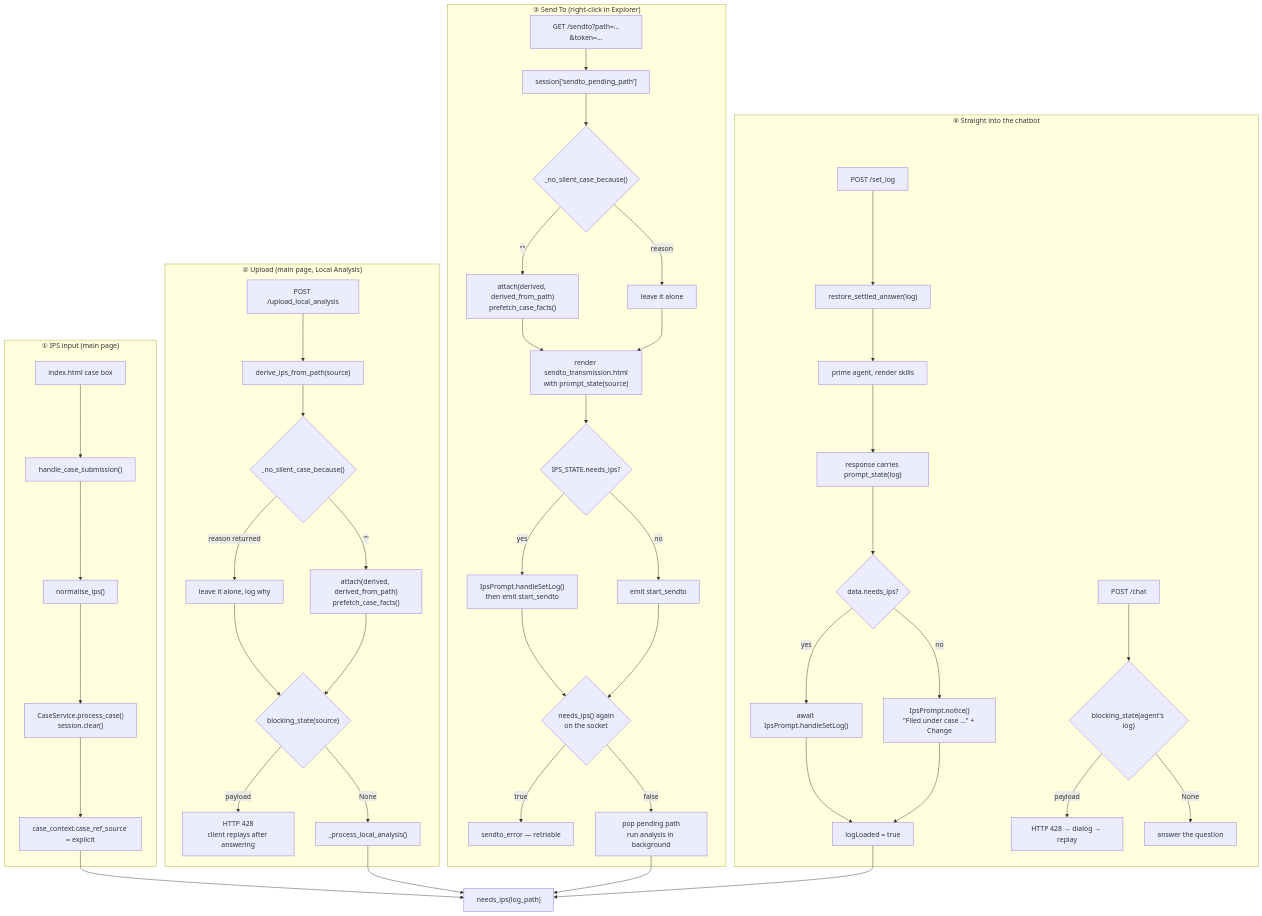
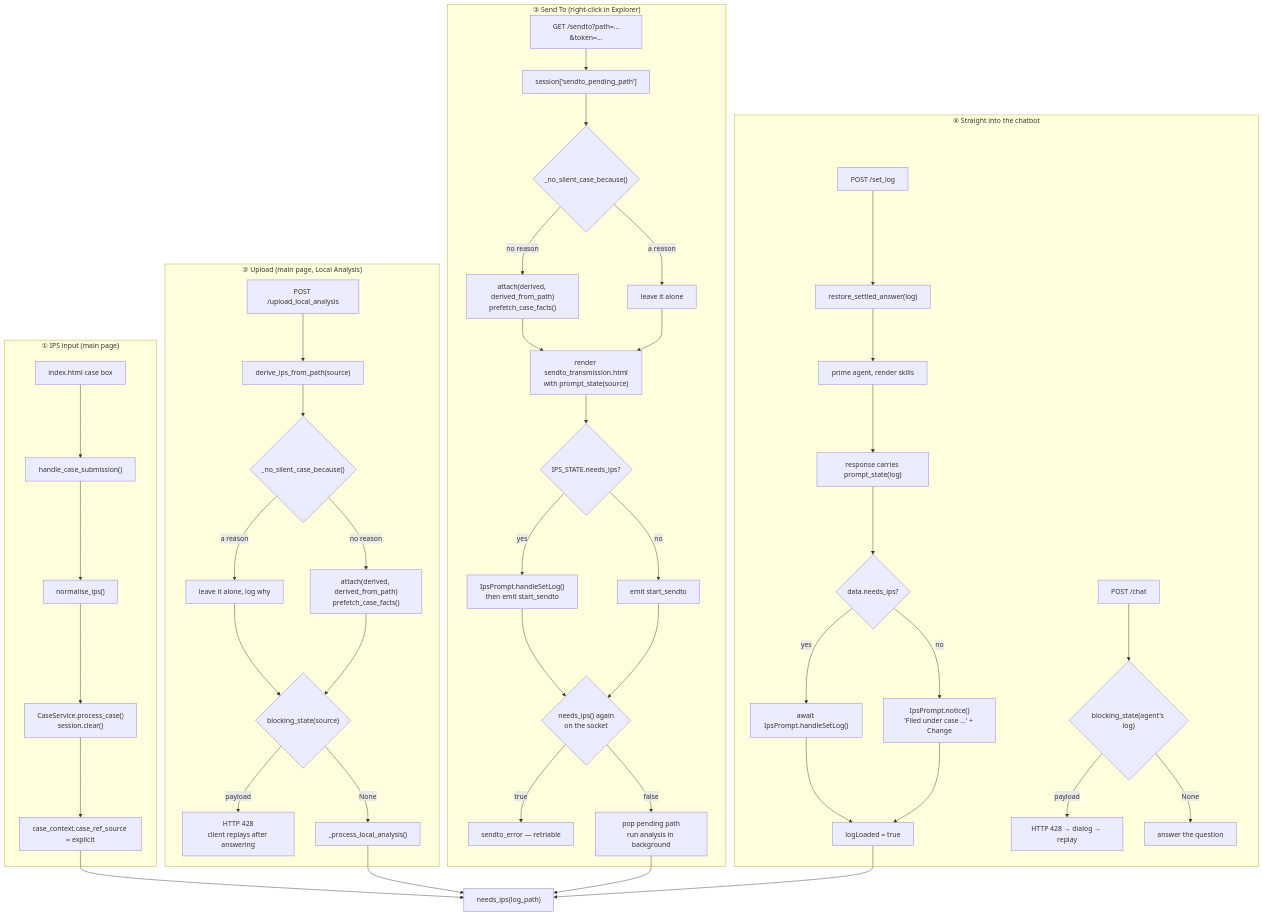
Before and after one commit to kj-fang/wireless_ce_avatar: the first of 6 diagrams in IPS_CASE_NUMBER_FLOW.md, drawn with Mermaid. The commit also changed other lines of this file, not shown here.

Commit message:
docs(ips): keep HTML entities out of the mermaid labels
Three of the six diagrams rendered as "Unable to render rich display" on
GitHub. GitHub decodes &quot; to a literal quote before the mermaid
parser runs, so a label that used it to show an empty string closed its
own quoted string early and the rest of the line was a syntax error.

Written as plain words instead. HTML tags are fine -- <br/>, <b> and <i>
all render -- it is only the entities that do this, so there are none
left in any diagram.

Worth noting for the next diagram: mermaid 11.4.1 and 10.9.1 both parse
the broken version happily, because neither ever sees the decoded form.
Checking a diagram locally does not tell you GitHub will draw it.

````diff
--- a/IPS_CASE_NUMBER_FLOW.md
+++ b/IPS_CASE_NUMBER_FLOW.md
@@ -29,55 +29,55 @@
 ```mermaid
 flowchart TD
     subgraph A["① IPS input (main page)"]
         A1["index.html case box"] --> A2["handle_case_submission()"]
         A2 --> A3["normalise_ips()"]
         A3 --> A4["CaseService.process_case()<br/>session.clear()"]
         A4 --> A5["case_context.case_ref_source = explicit"]
     end
 
     subgraph B["② Upload (main page, Local Analysis)"]
         B1["POST /upload_local_analysis"] --> B2["derive_ips_from_path(source)"]
         B2 --> B3{"_no_silent_case_because()"}
-        B3 -->|"reason returned"| B4["leave it alone, log why"]
-        B3 -->|"&quot;&quot;"| B5["attach(derived, derived_from_path)<br/>prefetch_case_facts()"]
+        B3 -->|"a reason"| B4["leave it alone, log why"]
+        B3 -->|"no reason"| B5["attach(derived, derived_from_path)<br/>prefetch_case_facts()"]
         B4 --> B6{"blocking_state(source)"}
         B5 --> B6
         B6 -->|"payload"| B7["HTTP 428<br/>client replays after answering"]
         B6 -->|"None"| B8["_process_local_analysis()"]
     end
 
     subgraph C["③ Send To (right-click in Explorer)"]
         C1["GET /sendto?path=…&token=…"] --> C2["session['sendto_pending_path']"]
         C2 --> C3{"_no_silent_case_because()"}
-        C3 -->|"&quot;&quot;"| C4["attach(derived, derived_from_path)<br/>prefetch_case_facts()"]
-        C3 -->|"reason"| C5["leave it alone"]
+        C3 -->|"no reason"| C4["attach(derived, derived_from_path)<br/>prefetch_case_facts()"]
+        C3 -->|"a reason"| C5["leave it alone"]
         C4 --> C6["render sendto_transmission.html<br/>with prompt_state(source)"]
         C5 --> C6
         C6 --> C7{"IPS_STATE.needs_ips?"}
         C7 -->|"yes"| C8["IpsPrompt.handleSetLog()<br/>then emit start_sendto"]
         C7 -->|"no"| C9["emit start_sendto"]
         C8 --> C10{"needs_ips() again<br/>on the socket"}
         C9 --> C10
         C10 -->|"true"| C11["sendto_error — retriable"]
         C10 -->|"false"| C12["pop pending path<br/>run analysis in background"]
     end
 
     subgraph D["④ Straight into the chatbot"]
         D1["POST /set_log"] --> D2["restore_settled_answer(log)"]
         D2 --> D3["prime agent, render skills"]
         D3 --> D4["response carries prompt_state(log)"]
         D4 --> D5{"data.needs_ips?"}
         D5 -->|"yes"| D6["await IpsPrompt.handleSetLog()"]
-        D5 -->|"no"| D7["IpsPrompt.notice()<br/>&quot;Filed under case …&quot; + Change"]
+        D5 -->|"no"| D7["IpsPrompt.notice()<br/>'Filed under case …' + Change"]
         D6 --> D8["logLoaded = true"]
         D7 --> D8
         D9["POST /chat"] --> D10{"blocking_state(agent's log)"}
         D10 -->|"payload"| D11["HTTP 428 → dialog → replay"]
         D10 -->|"None"| D12["answer the question"]
     end
 
     A5 --> GATE["needs_ips(log_path)"]
     B8 --> GATE
     C12 --> GATE
     D8 --> GATE
 ```
````
